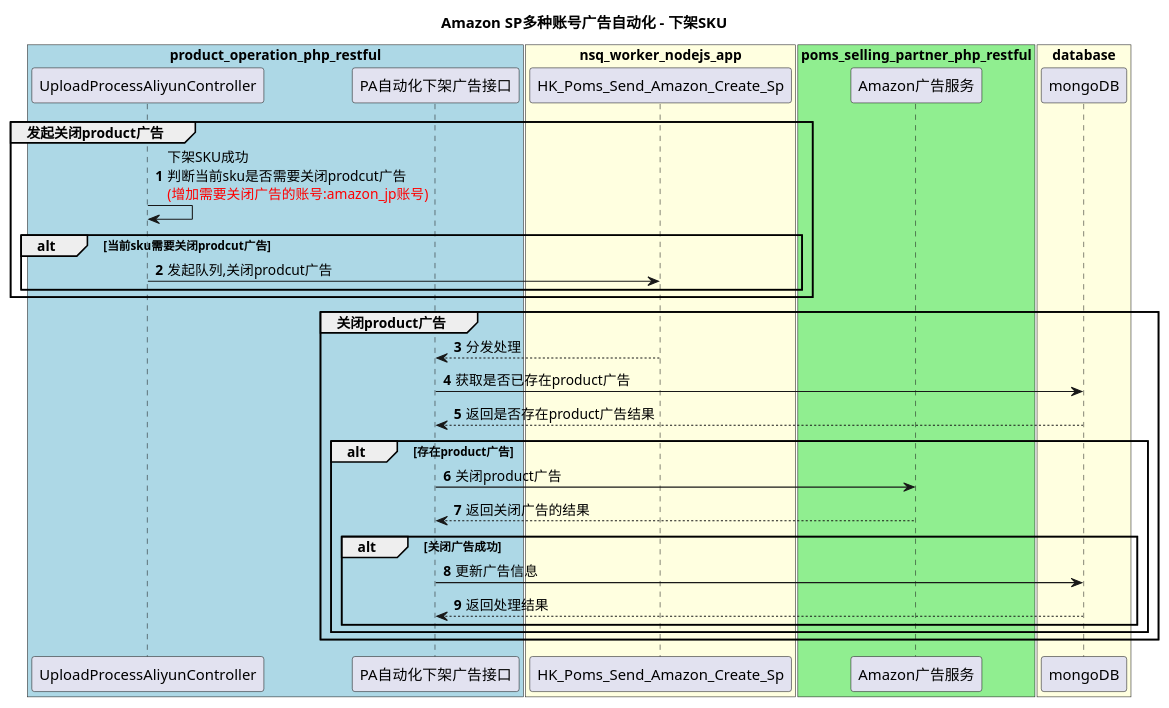
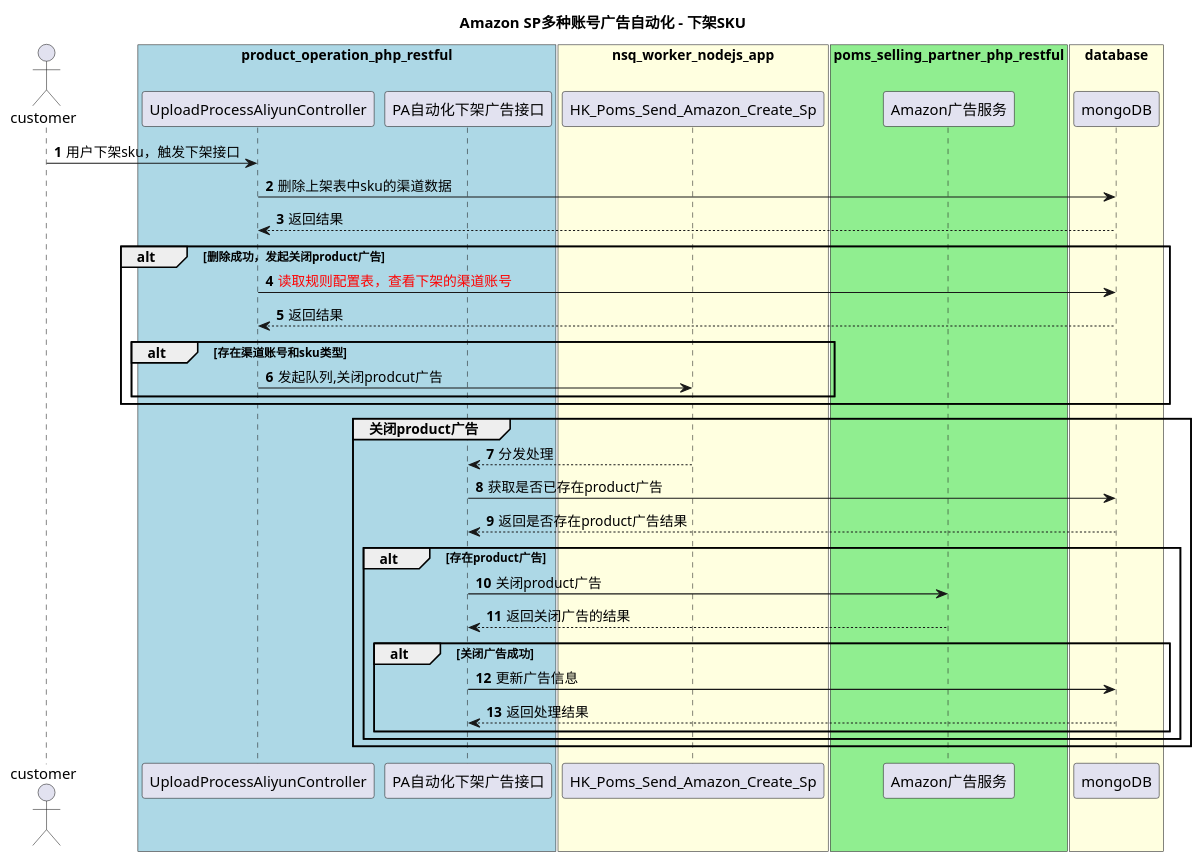
One commit to shallowdream1997/ShallowDream-LeetCode-PHP changed the diagram in uml/Amazon SP多种账号广告自动化.puml. Above: the diagram before and after it, drawn with PlantUML. The commit also changed 13 other files, not shown here.

```diff
--- a/uml/Amazon SP多种账号广告自动化.puml
+++ b/uml/Amazon SP多种账号广告自动化.puml
@@ -1,47 +1,55 @@
 @startuml
 title Amazon SP多种账号广告自动化 - 下架SKU
 autonumber
+
+actor "customer" as customer
 
 box "product_operation_php_restful" #lightBlue
 
 participant "UploadProcessAliyunController" as uploadPrecess
 participant "PA自动化下架广告接口" as paAutoAmazonSP
 end box
 
 box "nsq_worker_nodejs_app" #lightYellow
 participant "HK_Poms_Send_Amazon_Create_Sp" as HK_Poms_Send_Amazon_Create_Sp
 end box
 
 box "poms_selling_partner_php_restful" #lightGreen
 participant "Amazon广告服务" as amazon
 end box
 
 box "database" #lightYellow
 participant "mongoDB" as db
 end box
-group 发起关闭product广告
-uploadPrecess -> uploadPrecess : 下架SKU成功\n判断当前sku是否需要关闭prodcut广告\n<color #red>(增加需要关闭广告的账号:amazon_jp账号)
-alt 当前sku需要关闭prodcut广告
+
+customer -> uploadPrecess : 用户下架sku，触发下架接口
+uploadPrecess -> db : 删除上架表中sku的渠道数据
+db --> uploadPrecess : 返回结果
+
+alt 删除成功，发起关闭product广告
+uploadPrecess -> db : <color #red>读取规则配置表，查看下架的渠道账号
+db --> uploadPrecess : 返回结果
+alt 存在渠道账号和sku类型
 uploadPrecess -> HK_Poms_Send_Amazon_Create_Sp : 发起队列,关闭prodcut广告
 end
 end
 
 group 关闭product广告
 HK_Poms_Send_Amazon_Create_Sp --> paAutoAmazonSP : 分发处理
 
 paAutoAmazonSP -> db : 获取是否已存在product广告
 db --> paAutoAmazonSP : 返回是否存在product广告结果
 
 alt 存在product广告
 paAutoAmazonSP -> amazon : 关闭product广告
 amazon --> paAutoAmazonSP : 返回关闭广告的结果
 
 alt 关闭广告成功
 paAutoAmazonSP -> db : 更新广告信息
 db --> paAutoAmazonSP : 返回处理结果
 end
 end
 end
 
 
 @enduml
```
